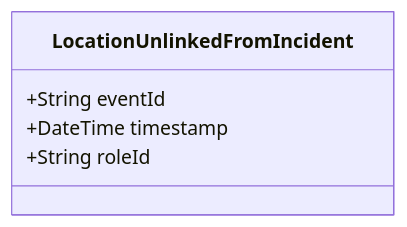
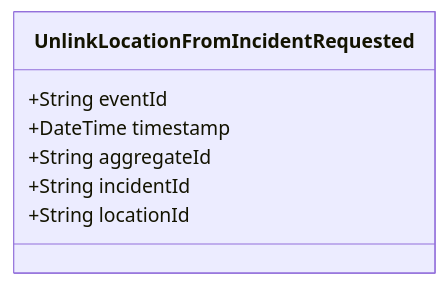
The diagram in doc/events/LocationUnlinkedFromIncident.md (pgraff/police-system), drawn with Mermaid before and after one commit. The commit also changed other lines of this file and 58 other files, not shown here.

````diff
--- a/doc/events/LocationUnlinkedFromIncident.md
+++ b/doc/events/LocationUnlinkedFromIncident.md
@@ -9,8 +9,10 @@
 ```mermaid
 classDiagram
-    class LocationUnlinkedFromIncident {
+    class UnlinkLocationFromIncidentRequested {
         +String eventId
         +DateTime timestamp
-        +String roleId
+        +String aggregateId
+        +String incidentId
+        +String locationId
     }
 ```
````
